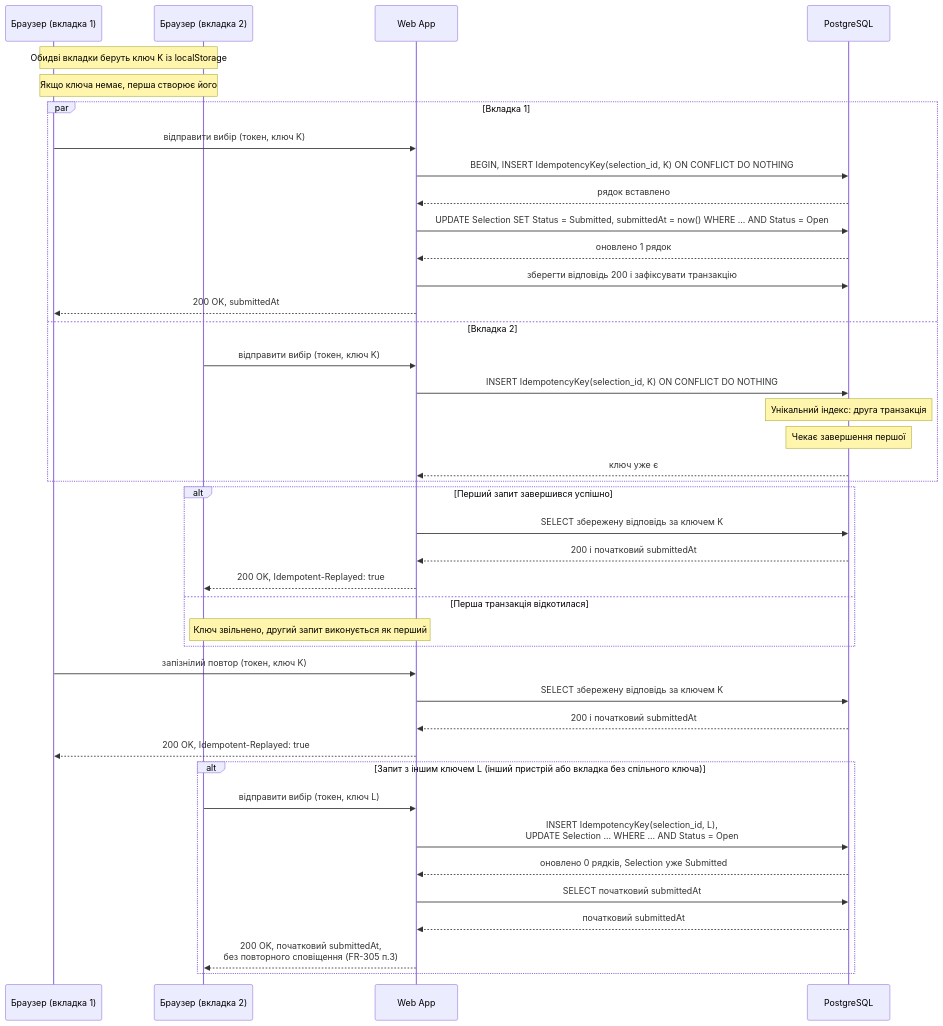
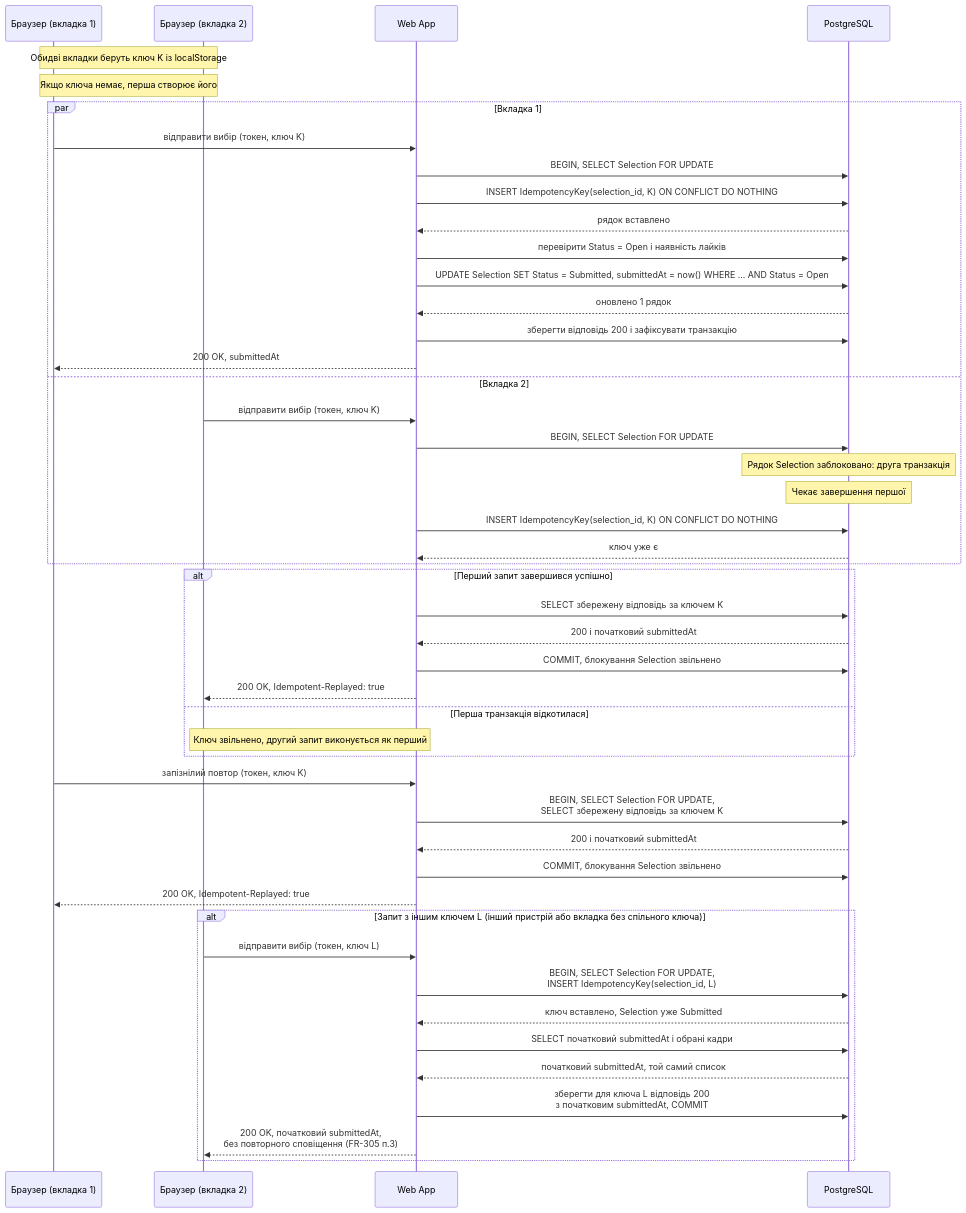
One commit to alonasaienko/picpick changed the diagram in docs/06-concurrency/cs-301-idempotency-key.md. Above: the diagram before and after it, drawn with Mermaid. The commit also changed other lines of this file and 3 other files, not shown here.

First line of the commit message:
#39 [п.7] Data model: сутності зони C, ER-фрагмент, retention (#132)

````diff
--- a/docs/06-concurrency/cs-301-idempotency-key.md
+++ b/docs/06-concurrency/cs-301-idempotency-key.md
@@ -27,44 +27,50 @@
 ```mermaid
 sequenceDiagram
     participant B1 as Браузер (вкладка 1)
     participant B2 as Браузер (вкладка 2)
     participant API as Web App
     participant DB as PostgreSQL
 
     Note over B1,B2: Обидві вкладки беруть ключ K із localStorage
     Note over B1,B2: Якщо ключа немає, перша створює його
     par Вкладка 1
         B1->>API: відправити вибір (токен, ключ K)
-        API->>DB: BEGIN, INSERT IdempotencyKey(selection_id, K) ON CONFLICT DO NOTHING
+        API->>DB: BEGIN, SELECT Selection FOR UPDATE
+        API->>DB: INSERT IdempotencyKey(selection_id, K) ON CONFLICT DO NOTHING
         DB-->>API: рядок вставлено
+        API->>DB: перевірити Status = Open і наявність лайків
         API->>DB: UPDATE Selection SET Status = Submitted, submittedAt = now() WHERE ... AND Status = Open
         DB-->>API: оновлено 1 рядок
         API->>DB: зберегти відповідь 200 і зафіксувати транзакцію
         API-->>B1: 200 OK, submittedAt
     and Вкладка 2
         B2->>API: відправити вибір (токен, ключ K)
+        API->>DB: BEGIN, SELECT Selection FOR UPDATE
+        Note over DB: Рядок Selection заблоковано: друга транзакція
+        Note over DB: Чекає завершення першої
         API->>DB: INSERT IdempotencyKey(selection_id, K) ON CONFLICT DO NOTHING
-        Note over DB: Унікальний індекс: друга транзакція
-        Note over DB: Чекає завершення першої
         DB-->>API: ключ уже є
     end
     alt Перший запит завершився успішно
         API->>DB: SELECT збережену відповідь за ключем K
         DB-->>API: 200 і початковий submittedAt
+        API->>DB: COMMIT, блокування Selection звільнено
         API-->>B2: 200 OK, Idempotent-Replayed: true
     else Перша транзакція відкотилася
         Note over API,B2: Ключ звільнено, другий запит виконується як перший
     end
     B1->>API: запізнілий повтор (токен, ключ K)
-    API->>DB: SELECT збережену відповідь за ключем K
+    API->>DB: BEGIN, SELECT Selection FOR UPDATE,<br/>SELECT збережену відповідь за ключем K
     DB-->>API: 200 і початковий submittedAt
+    API->>DB: COMMIT, блокування Selection звільнено
     API-->>B1: 200 OK, Idempotent-Replayed: true
     alt Запит з іншим ключем L (інший пристрій або вкладка без спільного ключа)
         B2->>API: відправити вибір (токен, ключ L)
-        API->>DB: INSERT IdempotencyKey(selection_id, L),<br/>UPDATE Selection ... WHERE ... AND Status = Open
-        DB-->>API: оновлено 0 рядків, Selection уже Submitted
-        API->>DB: SELECT початковий submittedAt
-        DB-->>API: початковий submittedAt
+        API->>DB: BEGIN, SELECT Selection FOR UPDATE,<br/>INSERT IdempotencyKey(selection_id, L)
+        DB-->>API: ключ вставлено, Selection уже Submitted
+        API->>DB: SELECT початковий submittedAt і обрані кадри
+        DB-->>API: початковий submittedAt, той самий список
+        API->>DB: зберегти для ключа L відповідь 200<br/>з початковим submittedAt, COMMIT
         API-->>B2: 200 OK, початковий submittedAt,<br/>без повторного сповіщення (FR-305 п.3)
     end
 ```
````
